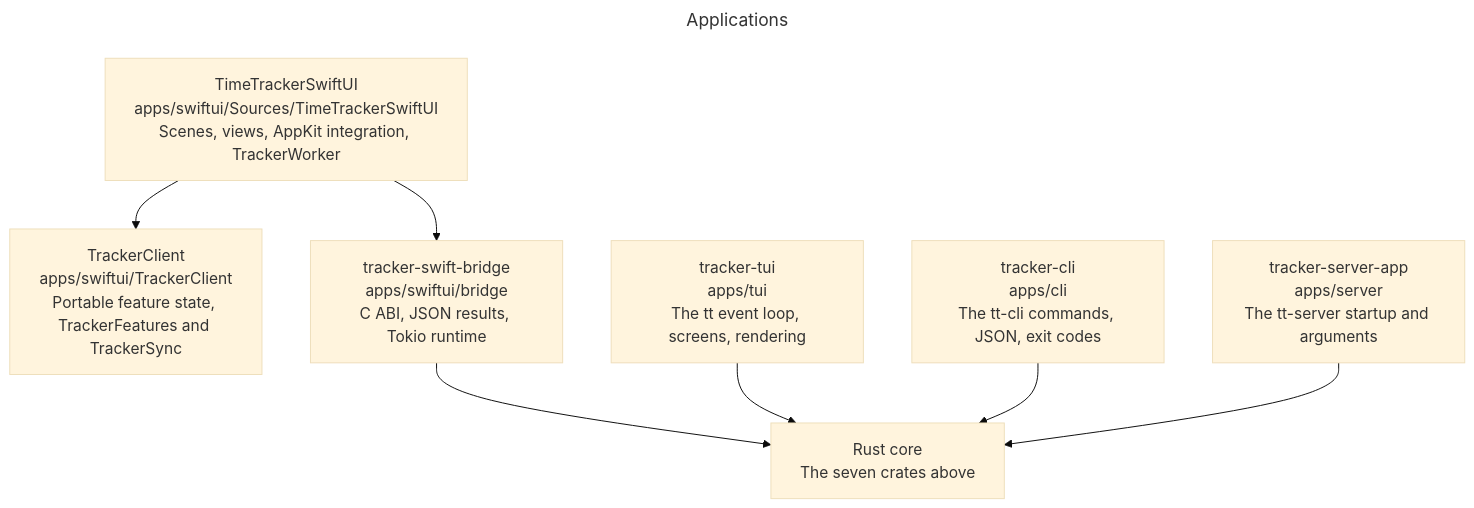
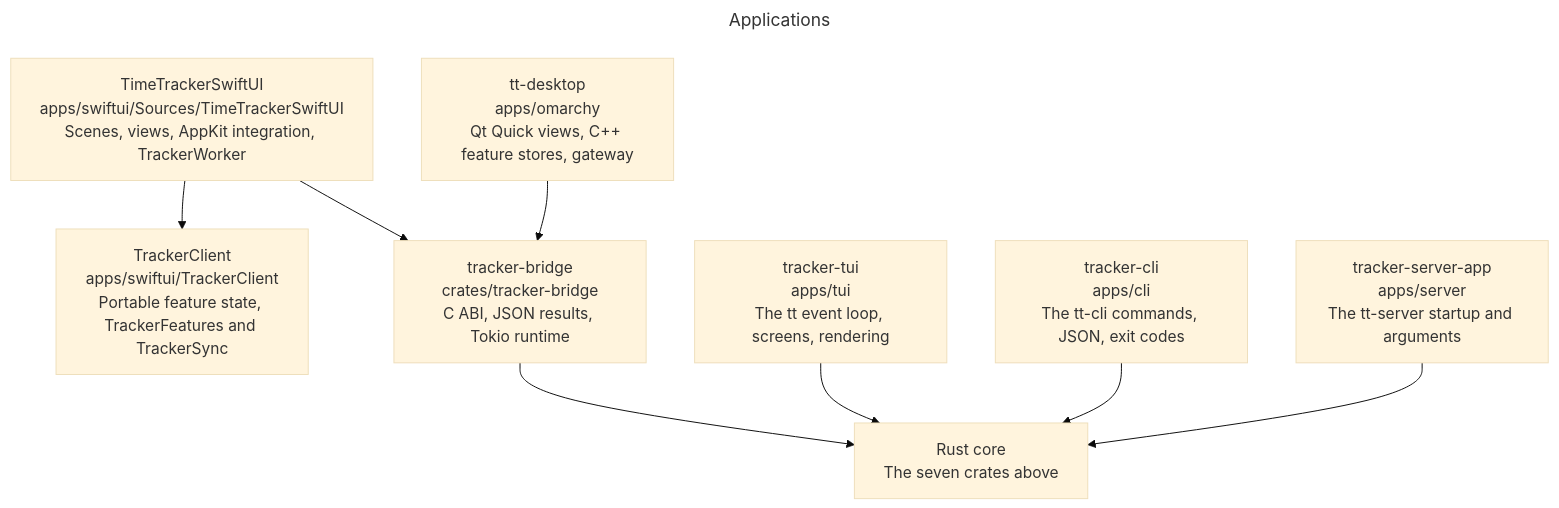
Before and after one commit to remshams/time-tracker: the fourth of 6 diagrams in docs/architecture/architecture.md, drawn with Mermaid (base theme). The commit also changed other lines of this file and 3 other files, not shown here.

First line of the commit message:
docs(Architecture): add the Omarchy client and the shared tracker-bridge crate

````diff
--- a/docs/architecture/architecture.md
+++ b/docs/architecture/architecture.md
@@ -134,15 +142,17 @@
 ```mermaid
 ---
 title: Applications
 ---
 flowchart TD
     mac["TimeTrackerSwiftUI<br>apps/swiftui/Sources/TimeTrackerSwiftUI<br>Scenes, views, AppKit integration, TrackerWorker"]:::module
     package["TrackerClient<br>apps/swiftui/TrackerClient<br>Portable feature state, TrackerFeatures and TrackerSync"]:::module
-    bridge["tracker-swift-bridge<br>apps/swiftui/bridge<br>C ABI, JSON results, Tokio runtime"]:::module
+    bridge["tracker-bridge<br>crates/tracker-bridge<br>C ABI, JSON results, Tokio runtime"]:::module
+    desktop["tt-desktop<br>apps/omarchy<br>Qt Quick views, C++ feature stores, gateway"]:::module
     tui["tracker-tui<br>apps/tui<br>The tt event loop, screens, rendering"]:::module
     cli["tracker-cli<br>apps/cli<br>The tt-cli commands, JSON, exit codes"]:::module
     serverapp["tracker-server-app<br>apps/server<br>The tt-server startup and arguments"]:::module
     core["Rust core<br>The seven crates above"]:::group
     mac --> package & bridge
+    desktop --> bridge
     bridge & tui & cli & serverapp --> core
 ```
````
